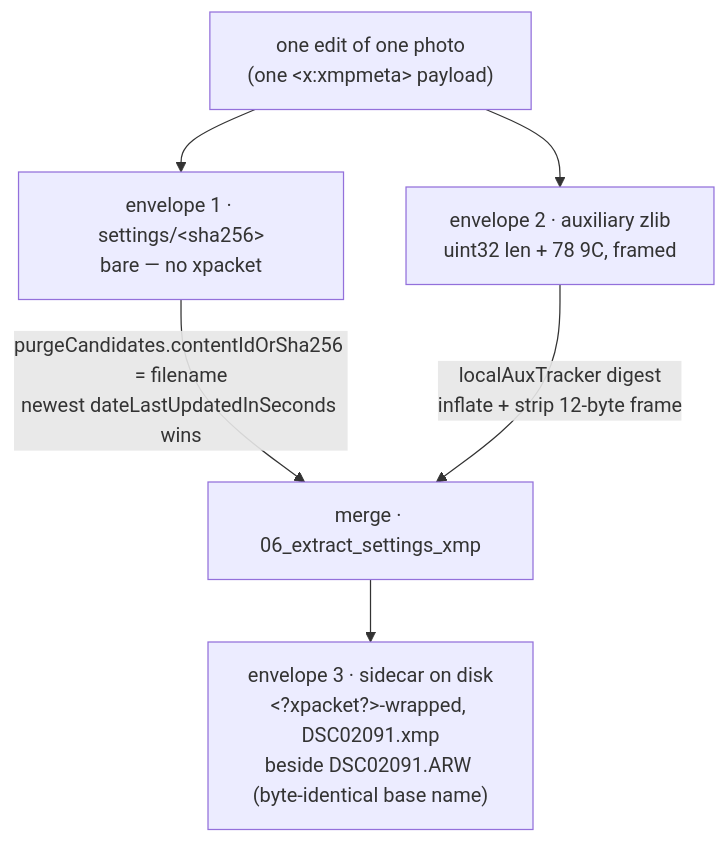
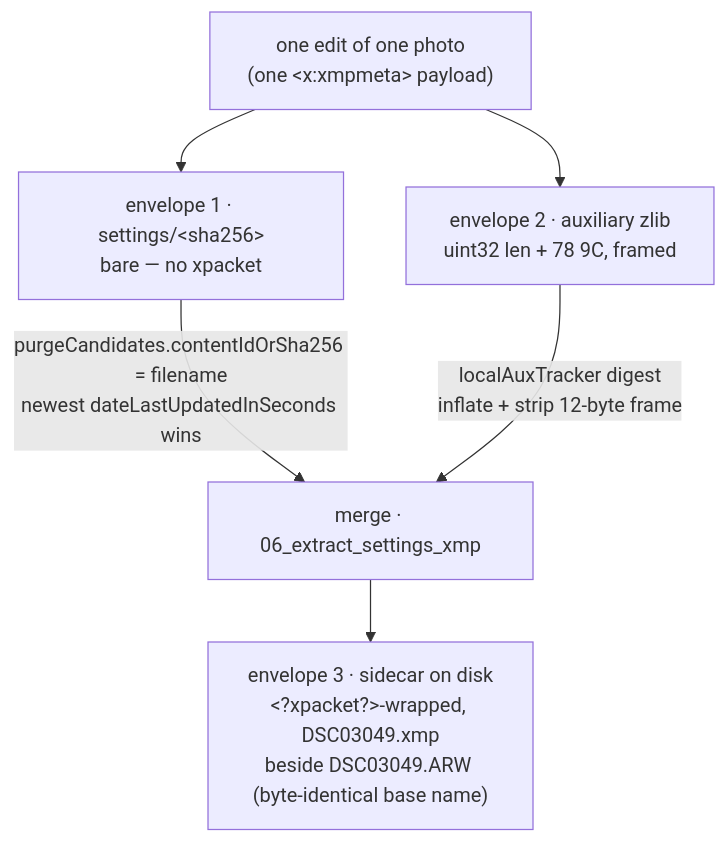
Before and after one commit to byronwai/lightroom-recovery: the eighth of 8 diagrams in docs/diagrams.md, drawn with Mermaid. The commit also changed other lines of this file and 31 other files, not shown here.

First line of the commit message:
diagrams.md: use DSC03049 for every example; fix figure layouts

````diff
--- a/docs/diagrams.md
+++ b/docs/diagrams.md
@@ -525,9 +532,9 @@
 ```mermaid
 flowchart TB
     P["one edit of one photo<br/>(one &lt;x:xmpmeta&gt; payload)"]
     P --> E1["envelope 1 · settings/&lt;sha256&gt;<br/>bare — no xpacket"]
     P --> E2["envelope 2 · auxiliary zlib<br/>uint32 len + 78 9C, framed"]
     E1 -->|"purgeCandidates.contentIdOrSha256 = filename<br/>newest dateLastUpdatedInSeconds wins"| M["merge · 06_extract_settings_xmp"]
     E2 -->|"localAuxTracker digest<br/>inflate + strip 12-byte frame"| M
-    M --> S["envelope 3 · sidecar on disk<br/>&lt;?xpacket?&gt;-wrapped, DSC02091.xmp<br/>beside DSC02091.ARW (byte-identical base name)"]
+    M --> S["envelope 3 · sidecar on disk<br/>&lt;?xpacket?&gt;-wrapped, DSC03049.xmp<br/>beside DSC03049.ARW (byte-identical base name)"]
 ```
````
